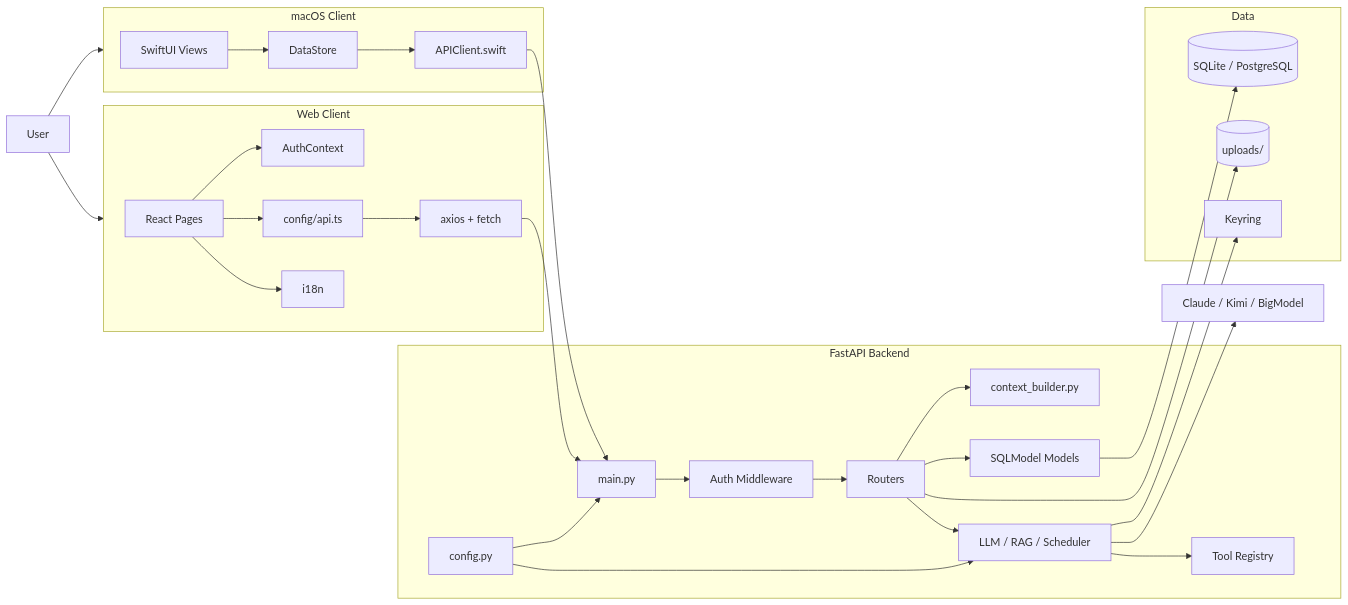
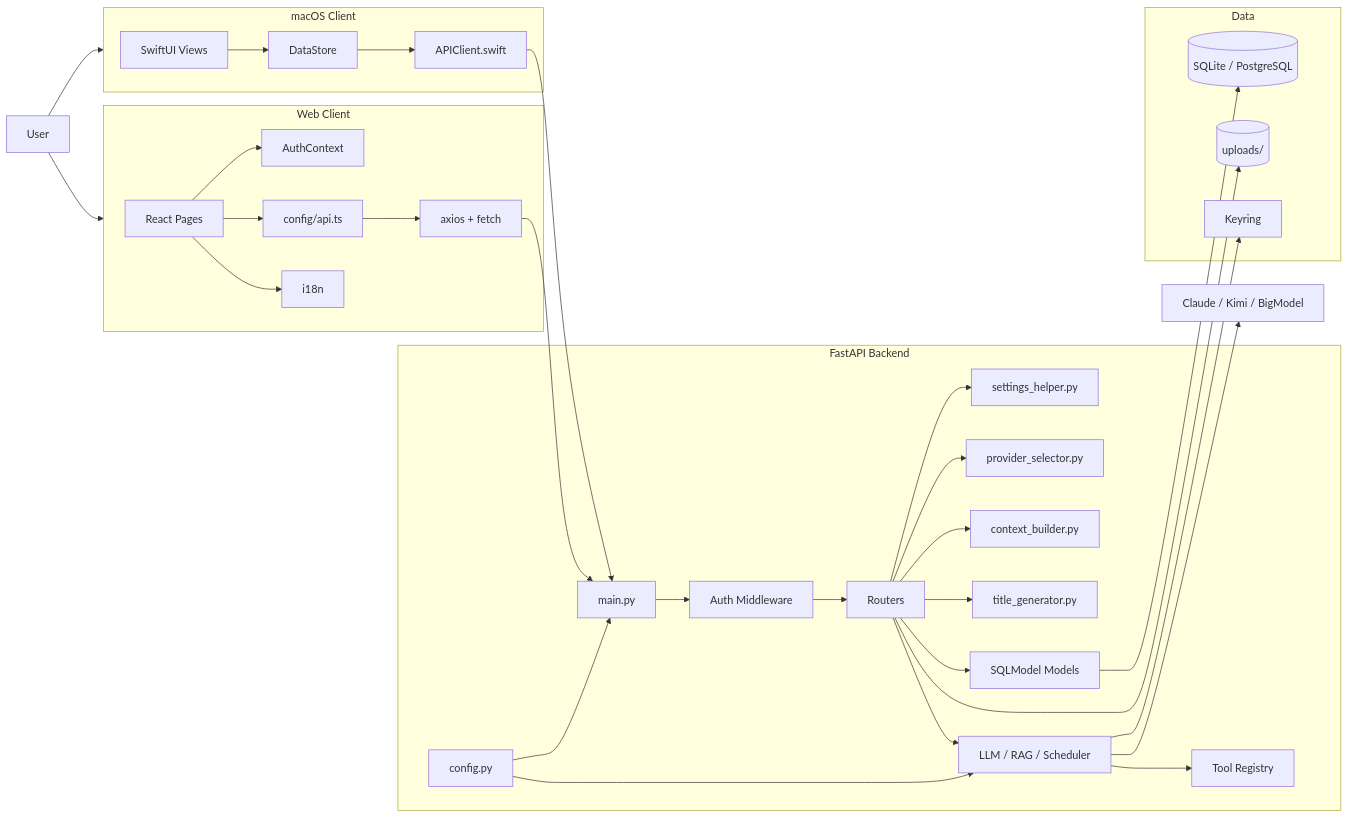
Before and after one commit to guoliang1114-boop/AriaAI: the diagram in docs/06-当前架构图.md, drawn with Mermaid. The commit also changed other lines of this file and 5 other files, not shown here.

````diff
--- a/docs/06-当前架构图.md
+++ b/docs/06-当前架构图.md
@@ -10,55 +10,61 @@
 ```mermaid
 flowchart LR
     U[User]
 
     subgraph MAC[macOS Client]
         SWIFT[SwiftUI Views]
         STORE[DataStore]
         MACAPI[APIClient.swift]
     end
 
     subgraph WEB[Web Client]
         REACT[React Pages]
         AUTH[AuthContext]
         API_CFG[config/api.ts]
         WEBAPI[axios + fetch]
         I18N[i18n]
     end
 
     subgraph BE[FastAPI Backend]
         MAIN[main.py]
         MW[Auth Middleware]
         ROUTERS[Routers]
+        CONFIG[config.py]
+        SETTINGS_HELPER[settings_helper.py]
+        PROVIDER[provider_selector.py]
         CTX[context_builder.py]
+        TITLE[title_generator.py]
         SERVICES[LLM / RAG / Scheduler]
         TOOLS[Tool Registry]
         MODELS[SQLModel Models]
-        CONFIG[config.py]
     end
 
     subgraph DATA[Data]
         DB[(SQLite / PostgreSQL)]
         FILES[(uploads/)]
         KEYRING[Keyring]
     end
 
     LLM[Claude / Kimi / BigModel]
 
     U --> MAC
     U --> WEB
     SWIFT --> STORE --> MACAPI --> MAIN
     REACT --> AUTH
     REACT --> I18N
     REACT --> API_CFG --> WEBAPI --> MAIN
     MAIN --> MW --> ROUTERS
+    ROUTERS --> SETTINGS_HELPER
+    ROUTERS --> PROVIDER
     ROUTERS --> CTX
+    ROUTERS --> TITLE
     ROUTERS --> SERVICES
     ROUTERS --> MODELS
     SERVICES --> TOOLS
     SERVICES --> KEYRING
     MODELS --> DB
     ROUTERS --> FILES
     SERVICES --> LLM
     CONFIG --> MAIN
     CONFIG --> SERVICES
 ```
````
